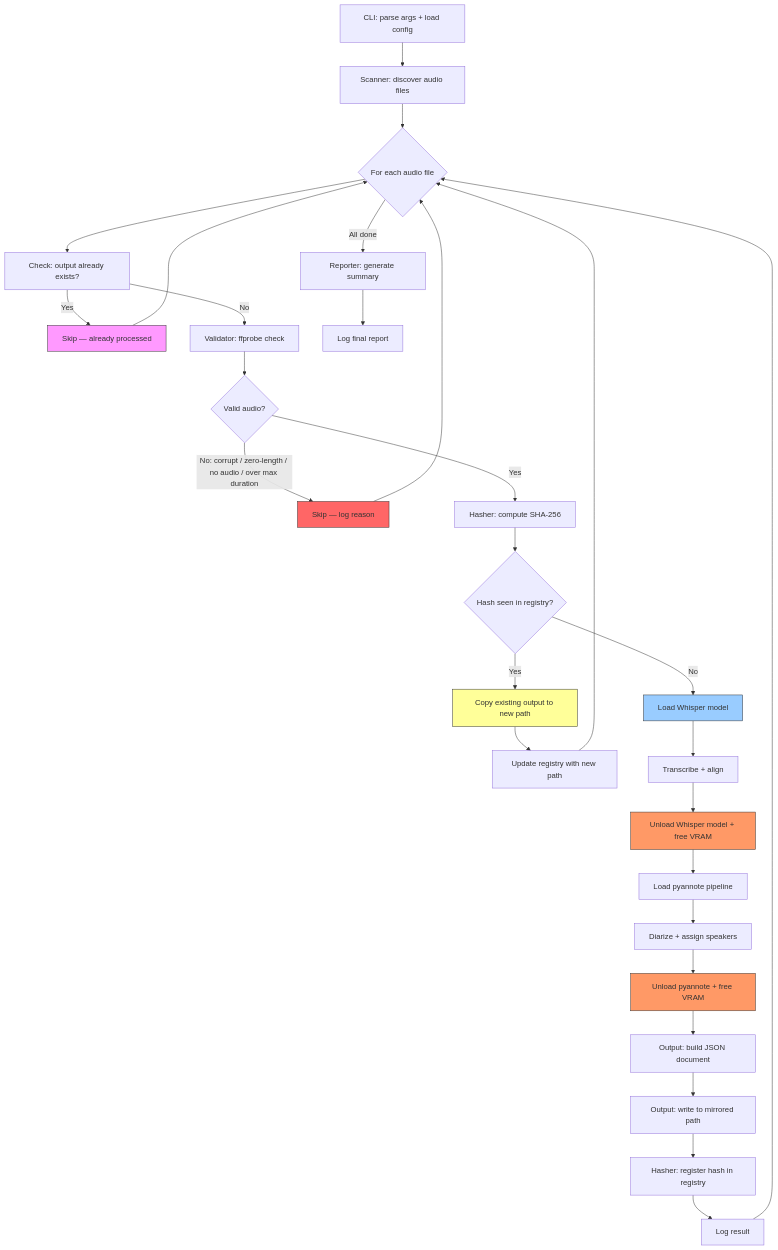
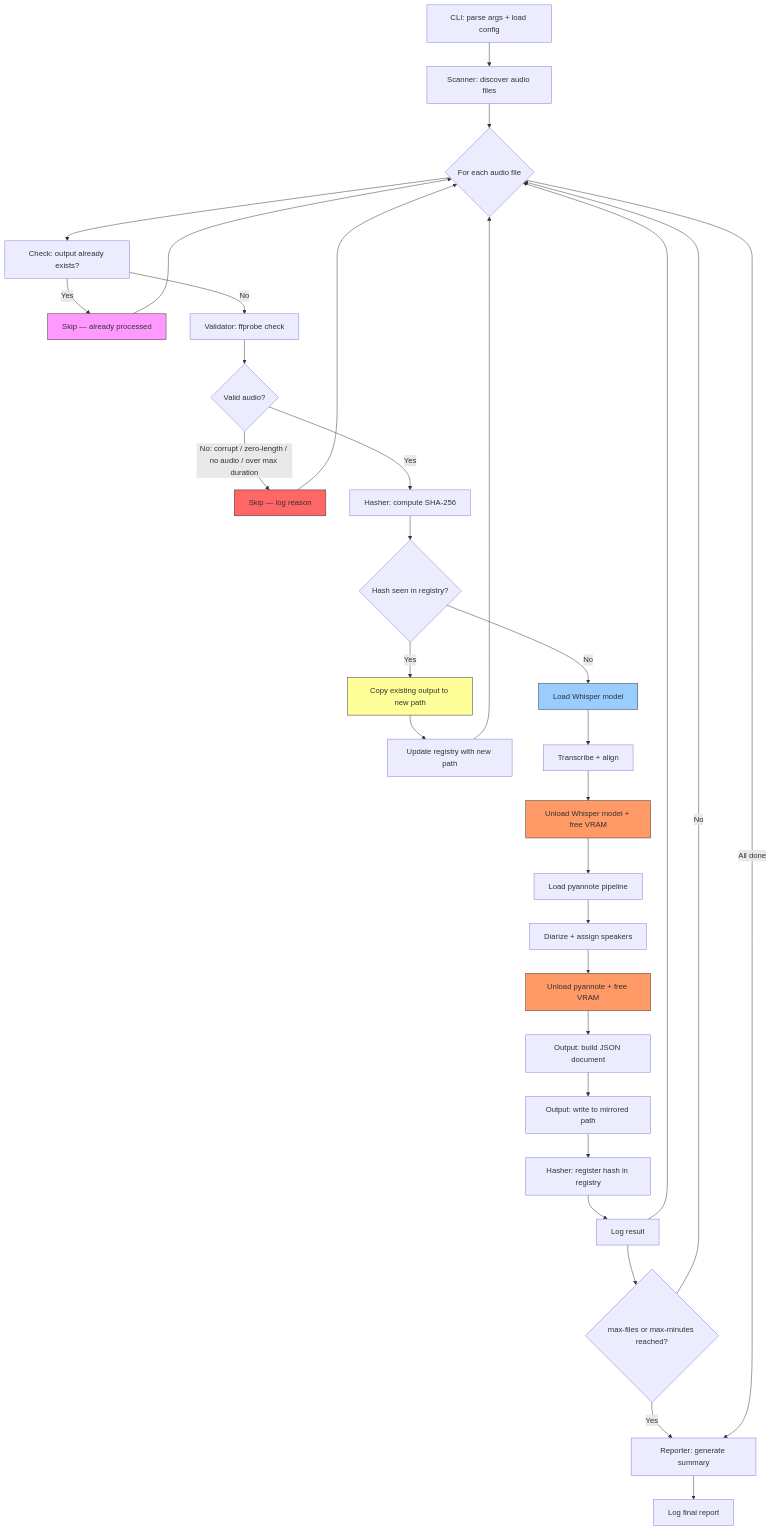
One commit to oikon/transskribo changed the diagram in docs/design.md. Above: the diagram before and after it, drawn with Mermaid. The commit also changed other lines of this file and 2 other files, not shown here.

First line of the commit message:
spec: Add --max-files and --max-processing-minutes batch limit controls

````diff
--- a/docs/design.md
+++ b/docs/design.md
@@ -217,37 +239,40 @@
 ```mermaid
 flowchart TD
     A[CLI: parse args + load config] --> B[Scanner: discover audio files]
     B --> C{For each audio file}
     C --> D[Check: output already exists?]
     D -->|Yes| E[Skip — already processed]
     D -->|No| V[Validator: ffprobe check]
     V --> V1{Valid audio?}
     V1 -->|No: corrupt / zero-length / no audio / over max duration| V2[Skip — log reason]
     V1 -->|Yes| F[Hasher: compute SHA-256]
     F --> G{Hash seen in registry?}
     G -->|Yes| H[Copy existing output to new path]
     H --> I[Update registry with new path]
     G -->|No| J[Load Whisper model]
     J --> K[Transcribe + align]
     K --> L[Unload Whisper model + free VRAM]
     L --> M[Load pyannote pipeline]
     M --> N[Diarize + assign speakers]
     N --> O[Unload pyannote + free VRAM]
     O --> P[Output: build JSON document]
     P --> Q[Output: write to mirrored path]
     Q --> R[Hasher: register hash in registry]
     R --> T[Log result]
     E --> C
     V2 --> C
     I --> C
     T --> C
+    T --> LIM{max-files or max-minutes reached?}
+    LIM -->|Yes| S
+    LIM -->|No| C
     C -->|All done| S[Reporter: generate summary]
     S --> U[Log final report]
 
     style E fill:#f9f,stroke:#333
     style V2 fill:#f66,stroke:#333
     style H fill:#ff9,stroke:#333
     style J fill:#9cf,stroke:#333
     style L fill:#f96,stroke:#333
     style O fill:#f96,stroke:#333
 ```
````
